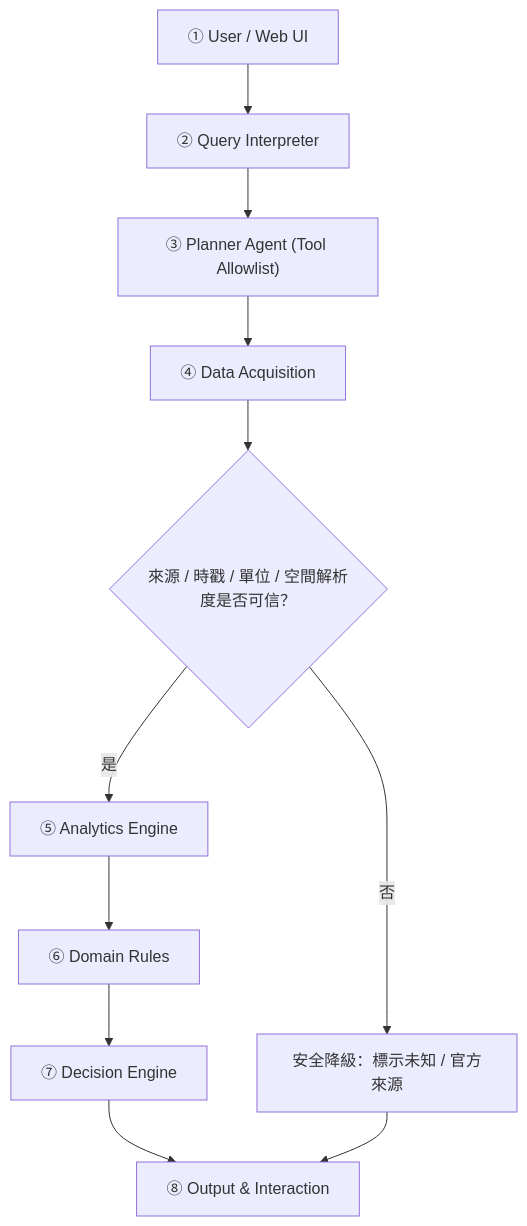
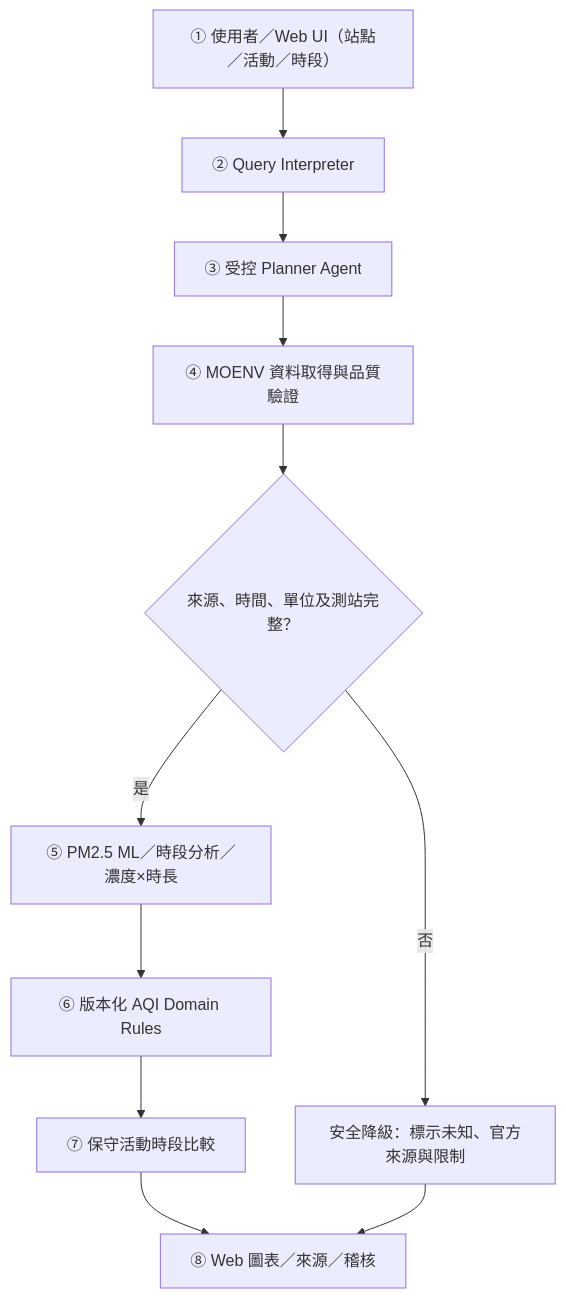
Before and after one commit to sam052003/AIoT_DA_1111: the first of 2 diagrams in DESIGN.md, drawn with Mermaid. The commit also changed other lines of this file and 40 other files, not shown here.

````diff
--- a/DESIGN.md
+++ b/DESIGN.md
@@ -17,13 +16,13 @@
 ```mermaid
 flowchart TD
-    A["① User / Web UI"] --> B["② Query Interpreter"]
-    B --> C["③ Planner Agent (Tool Allowlist)"]
-    C --> D["④ Data Acquisition"]
-    D --> Q{"來源 / 時戳 / 單位 / 空間解析度是否可信？"}
-    Q -- 否 --> X["安全降級：標示未知 / 官方來源"]
-    Q -- 是 --> E["⑤ Analytics Engine"]
-    E --> F["⑥ Domain Rules"]
-    F --> G["⑦ Decision Engine"]
-    G --> H["⑧ Output & Interaction"]
-    X --> H
+    U["① 使用者／Web UI（站點／活動／時段）"] --> Q["② Query Interpreter"]
+    Q --> P["③ 受控 Planner Agent"]
+    P --> D["④ MOENV 資料取得與品質驗證"]
+    D --> V{"來源、時間、單位及測站完整？"}
+    V -- 否 --> X["安全降級：標示未知、官方來源與限制"]
+    V -- 是 --> A["⑤ PM2.5 ML／時段分析／濃度×時長"]
+    A --> K["⑥ 版本化 AQI Domain Rules"]
+    K --> C["⑦ 保守活動時段比較"]
+    C --> O["⑧ Web 圖表／來源／稽核"]
+    X --> O
 ```
````
